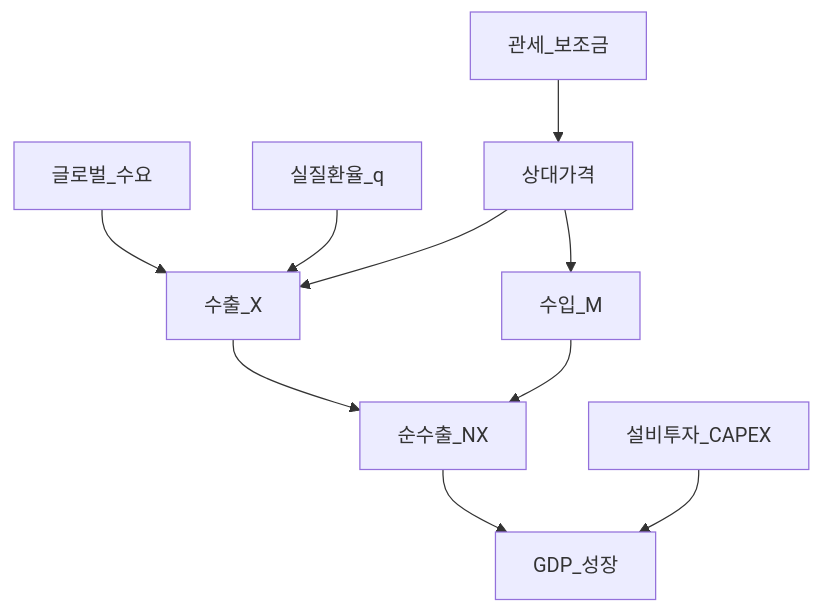
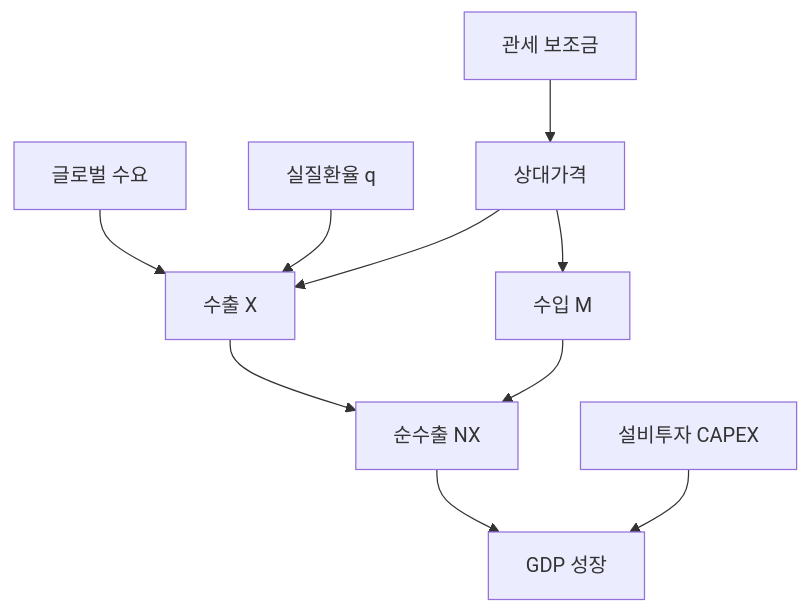
The third of 3 diagrams in 02-economics/macro-05-open-economy-fx.md (goldanghenry/Finances), drawn with Mermaid before and after one commit. The commit also changed other lines of this file and 211 other files, not shown here.

````diff
--- a/02-economics/macro-05-open-economy-fx.md
+++ b/02-economics/macro-05-open-economy-fx.md
@@ -177,12 +187,12 @@
 ```mermaid
 flowchart TD
-  World[글로벌_수요] --> X[수출_X]
-  Qreal[실질환율_q] --> X
-  X --> NX[순수출_NX]
-  NX --> Y[GDP_성장]
-  I[설비투자_CAPEX] --> Y
-  Tar[관세_보조금] --> Pw[상대가격]
+  World["글로벌 수요"] --> X["수출 X"]
+  Qreal["실질환율 q"] --> X
+  X --> NX["순수출 NX"]
+  NX --> Y["GDP 성장"]
+  I["설비투자 CAPEX"] --> Y
+  Tar["관세 보조금"] --> Pw[상대가격]
   Pw --> X
-  Pw --> M[수입_M]
+  Pw --> M["수입 M"]
   M --> NX
 ```
````
